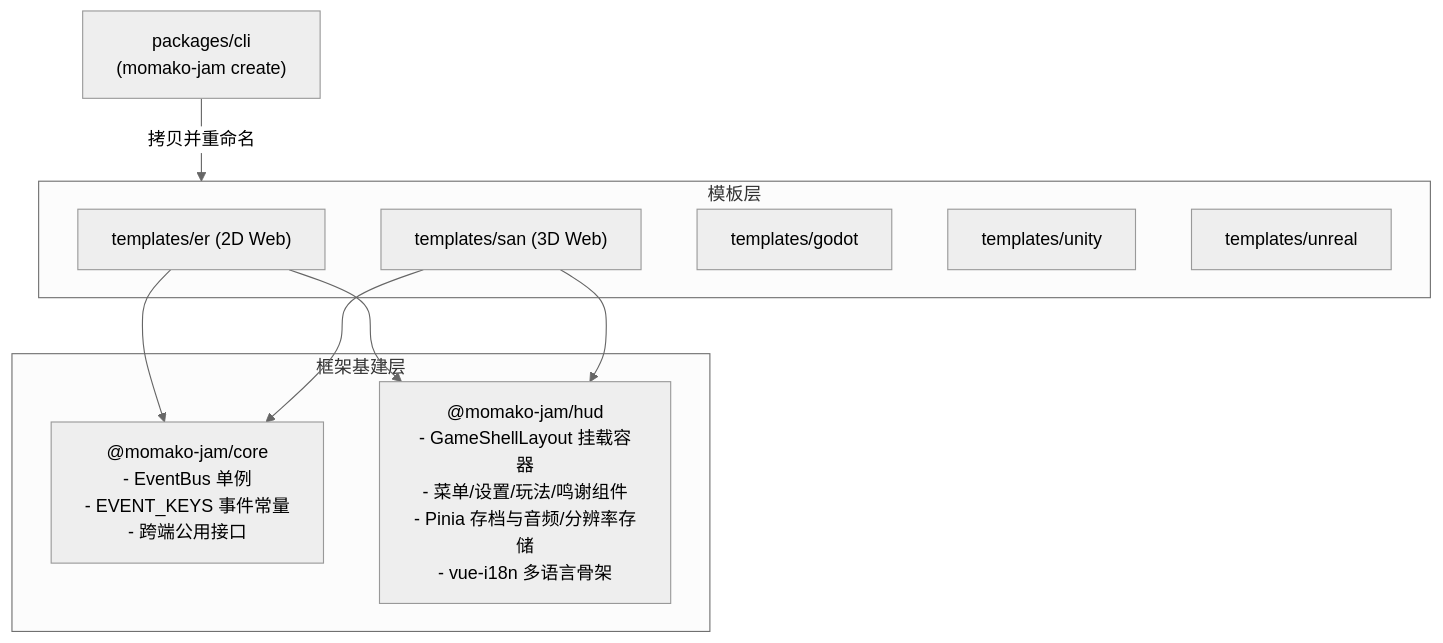
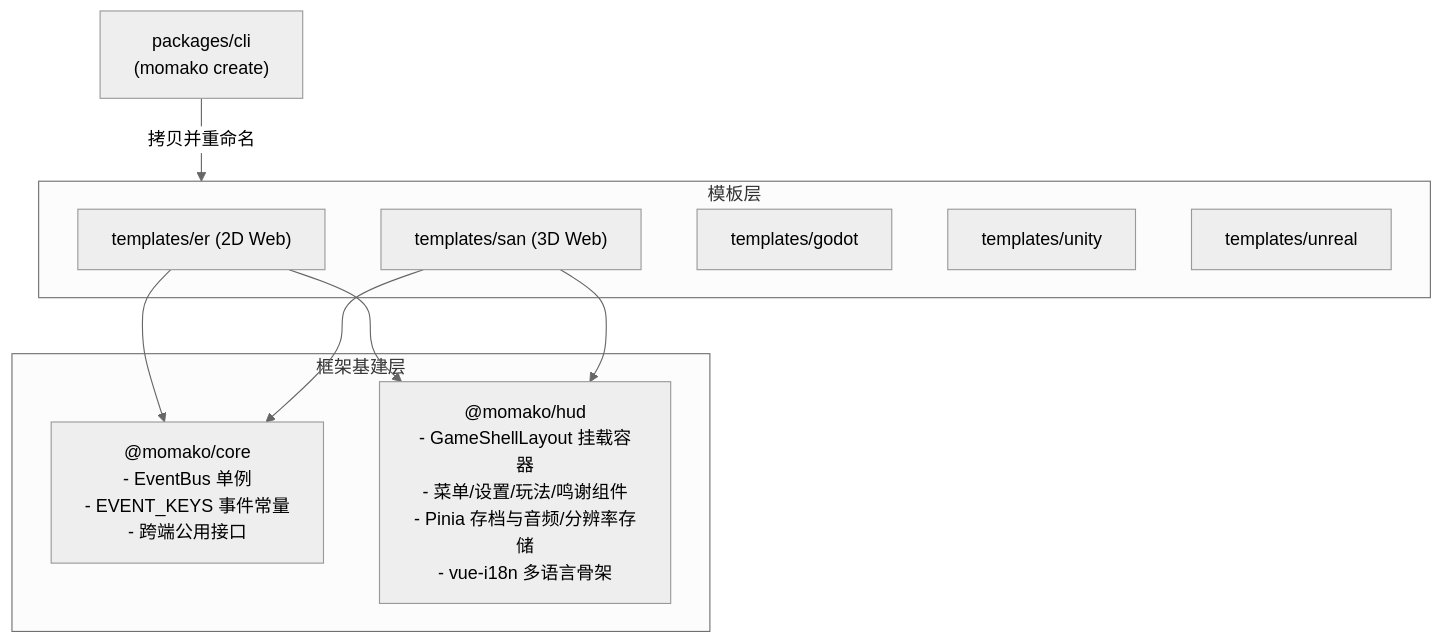
Before and after one commit to momakoding/momako: the diagram in docs/maintainer/architecture.md, drawn with Mermaid (neutral theme). The commit also changed other lines of this file and 5 other files, not shown here.

````diff
--- a/docs/maintainer/architecture.md
+++ b/docs/maintainer/architecture.md
@@ -9,21 +9,21 @@
 ```mermaid
 flowchart TB
-    CLI["packages/cli<br/>(momako-jam create)"]
+    CLI["packages/cli<br/>(momako create)"]
 
     subgraph CoreLayer["框架基建层"]
-        Core["@momako-jam/core<br/>- EventBus 单例<br/>- EVENT_KEYS 事件常量<br/>- 跨端公用接口"]
-        HUD["@momako-jam/hud<br/>- GameShellLayout 挂载容器<br/>- 菜单/设置/玩法/鸣谢组件<br/>- Pinia 存档与音频/分辨率存储<br/>- vue-i18n 多语言骨架"]
+        Core["@momako/core<br/>- EventBus 单例<br/>- EVENT_KEYS 事件常量<br/>- 跨端公用接口"]
+        HUD["@momako/hud<br/>- GameShellLayout 挂载容器<br/>- 菜单/设置/玩法/鸣谢组件<br/>- Pinia 存档与音频/分辨率存储<br/>- vue-i18n 多语言骨架"]
     end
 
     subgraph Templates["模板层"]
         Er["templates/er (2D Web)"]
         San["templates/san (3D Web)"]
         Godot["templates/godot"]
         Unity["templates/unity"]
         Unreal["templates/unreal"]
     end
 
     CLI -->|拷贝并重命名| Templates
     Er --> Core & HUD
     San --> Core & HUD
 ```
````
